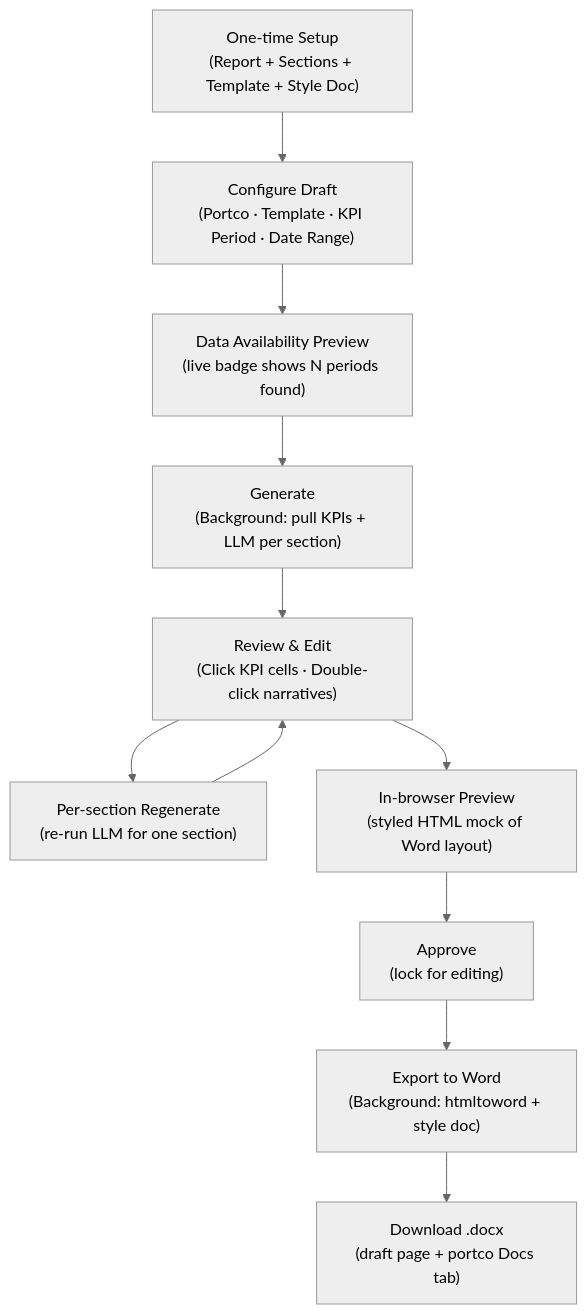
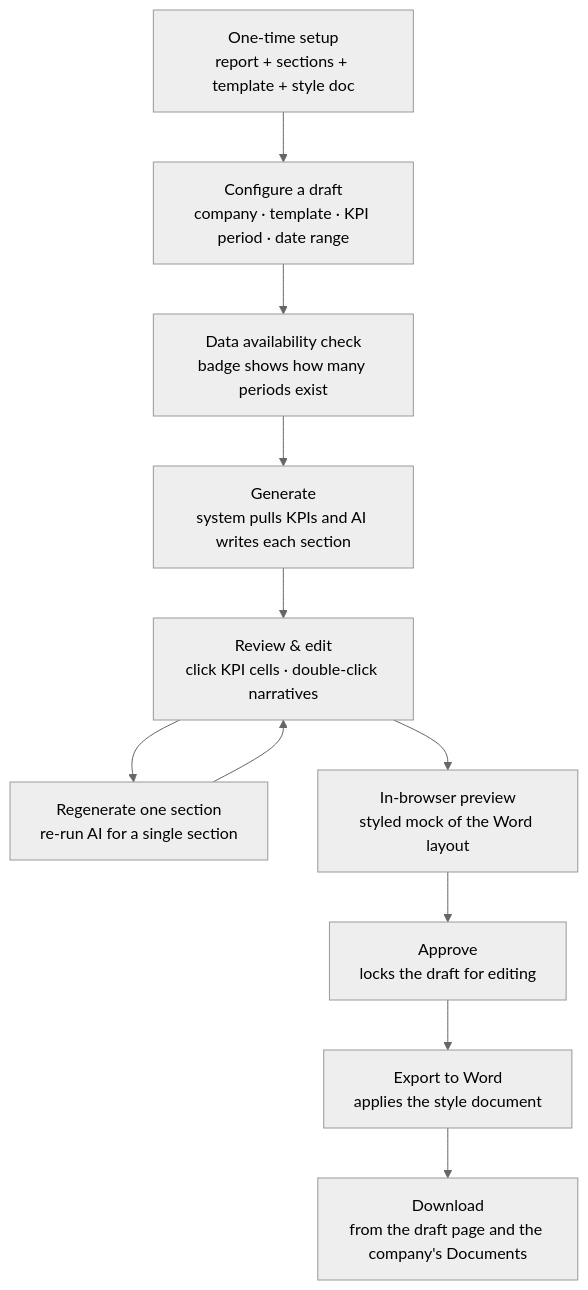
Before and after one commit to sampadadiwan/IRM_CompanyMain: the first of 2 diagrams in docs/user_guides/portfolio_report_drafts_user_guide.md, drawn with Mermaid (neutral theme). The commit also changed other lines of this file and 11 other files, not shown here.

````diff
--- a/docs/user_guides/portfolio_report_drafts_user_guide.md
+++ b/docs/user_guides/portfolio_report_drafts_user_guide.md
@@ -54,20 +45,20 @@
 ```mermaid
-graph TD
-    Setup["One-time Setup\n(Report + Sections + Template + Style Doc)"]
-    Configure["Configure Draft\n(Portco · Template · KPI Period · Date Range)"]
-    Preview2["Data Availability Preview\n(live badge shows N periods found)"]
-    Generate["Generate\n(Background: pull KPIs + LLM per section)"]
-    Review["Review & Edit\n(Click KPI cells · Double-click narratives)"]
-    Regen["Per-section Regenerate\n(re-run LLM for one section)"]
-    Preview["In-browser Preview\n(styled HTML mock of Word layout)"]
-    Approve["Approve\n(lock for editing)"]
-    Export["Export to Word\n(Background: htmltoword + style doc)"]
-    Download["Download .docx\n(draft page + portco Docs tab)"]
+flowchart TD
+    Setup["One-time setup<br/>report + sections + template + style doc"]
+    Configure["Configure a draft<br/>company · template · KPI period · date range"]
+    Preview2["Data availability check<br/>badge shows how many periods exist"]
+    Generate["Generate<br/>system pulls KPIs and AI writes each section"]
+    Review["Review & edit<br/>click KPI cells · double-click narratives"]
+    Regen["Regenerate one section<br/>re-run AI for a single section"]
+    Preview["In-browser preview<br/>styled mock of the Word layout"]
+    Approve["Approve<br/>locks the draft for editing"]
+    Export["Export to Word<br/>applies the style document"]
+    Download["Download<br/>from the draft page and the company's Documents"]
 
     Setup --> Configure
     Configure --> Preview2 --> Generate
     Generate --> Review
     Review --> Regen --> Review
     Review --> Preview --> Approve
     Approve --> Export --> Download
 ```
````
